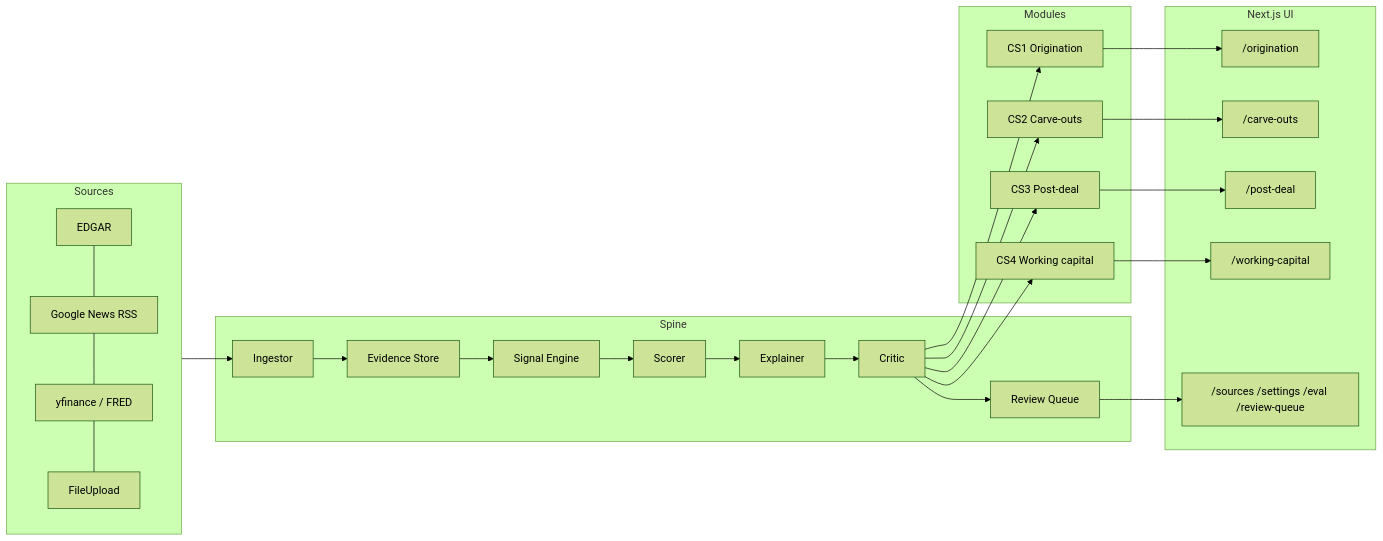
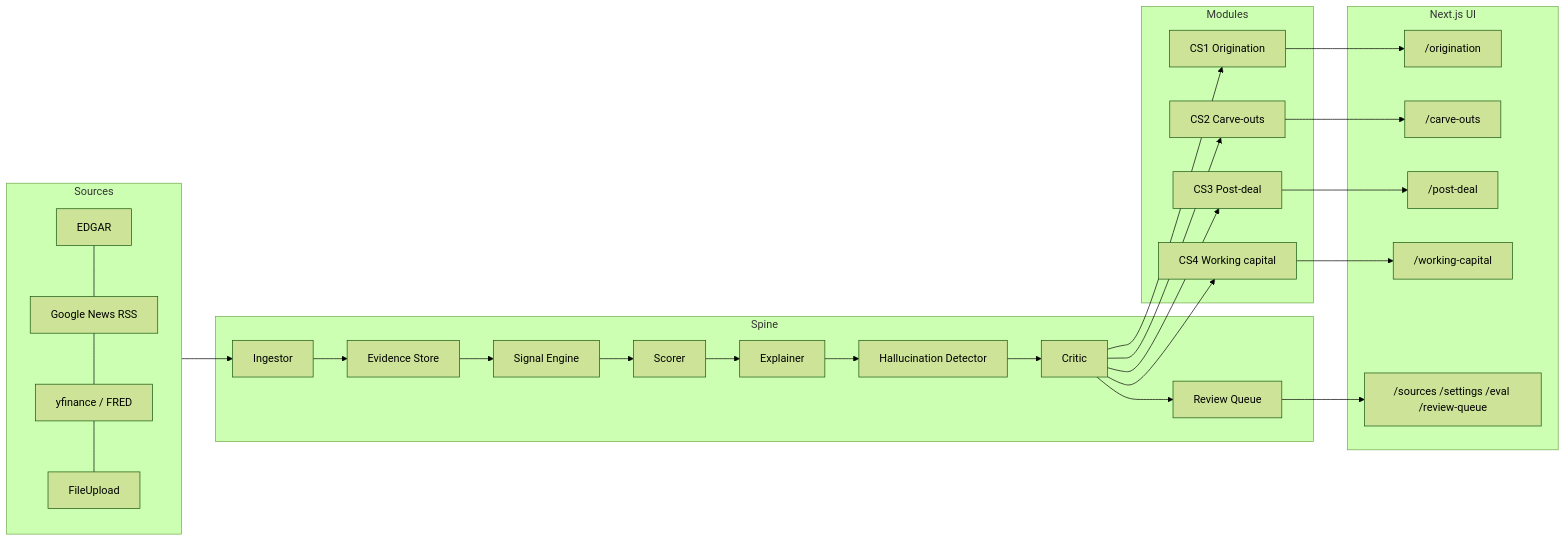
One commit to anbuanthonysamy/anbuanthonysamy.github.io changed the diagram in deals-platform/docs/architecture.md. Above: the diagram before and after it, drawn with Mermaid (forest theme). The commit also changed other lines of this file and 10 other files, not shown here.

````diff
--- a/deals-platform/docs/architecture.md
+++ b/deals-platform/docs/architecture.md
@@ -7,43 +7,44 @@
 ```mermaid
 flowchart LR
   subgraph Sources
     E[EDGAR] --- N[Google News RSS]
     N --- M[yfinance / FRED]
     M --- U[FileUpload]
   end
 
   subgraph Spine
     ING[Ingestor] --> EVT[Evidence Store]
     EVT --> SIG[Signal Engine]
     SIG --> SCO[Scorer]
     SCO --> EXP[Explainer]
-    EXP --> CRT[Critic]
+    EXP --> HAL[Hallucination Detector]
+    HAL --> CRT[Critic]
     CRT --> Q[Review Queue]
   end
 
   subgraph Modules
     CS1[CS1 Origination]
     CS2[CS2 Carve-outs]
     CS3[CS3 Post-deal]
     CS4[CS4 Working capital]
   end
 
   subgraph UI["Next.js UI"]
     R1["/origination"]
     R2["/carve-outs"]
     R3["/post-deal"]
     R4["/working-capital"]
     RS["/sources /settings /eval /review-queue"]
   end
 
   Sources --> ING
   CRT --> CS1
   CRT --> CS2
   CRT --> CS3
   CRT --> CS4
   CS1 --> R1
   CS2 --> R2
   CS3 --> R3
   CS4 --> R4
   Q --> RS
 ```
````
